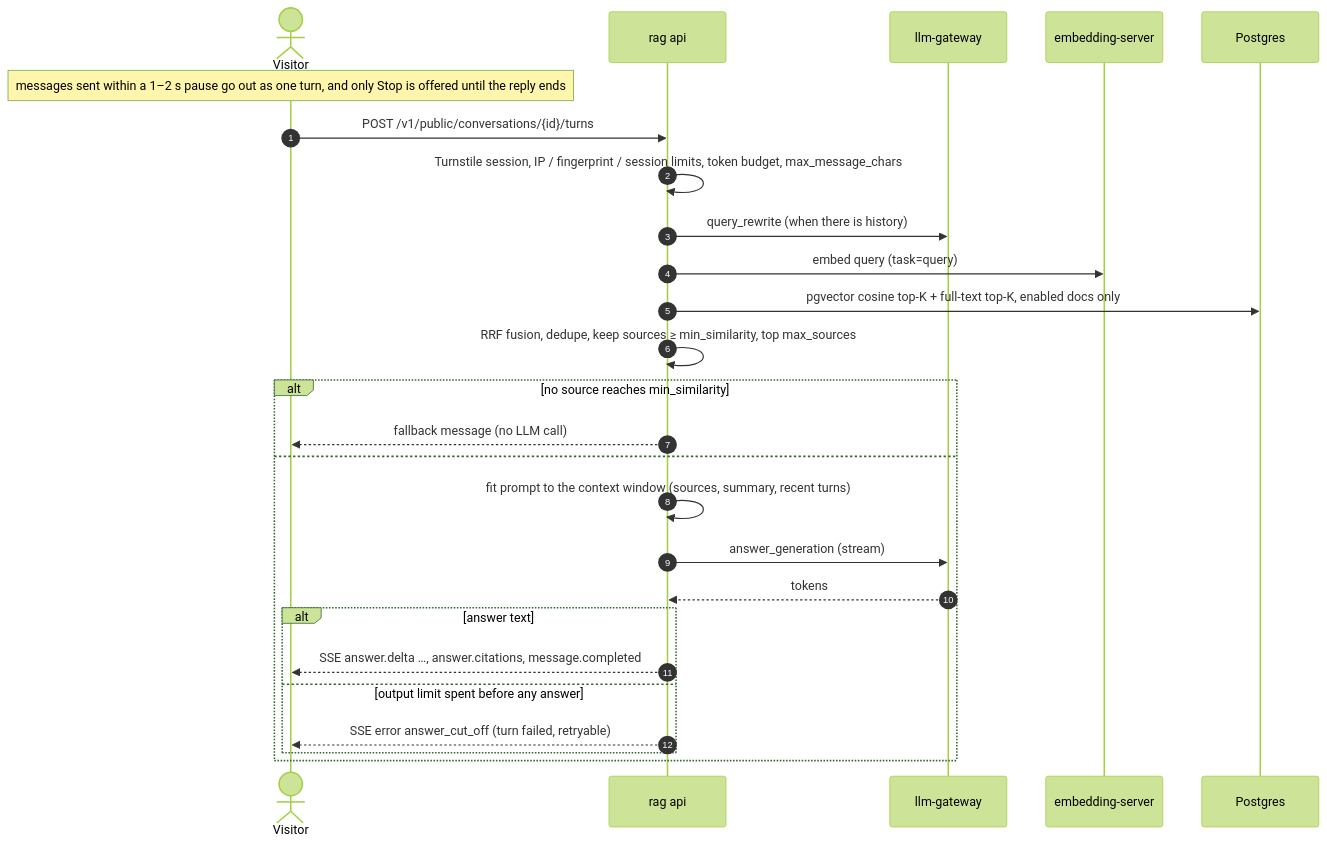
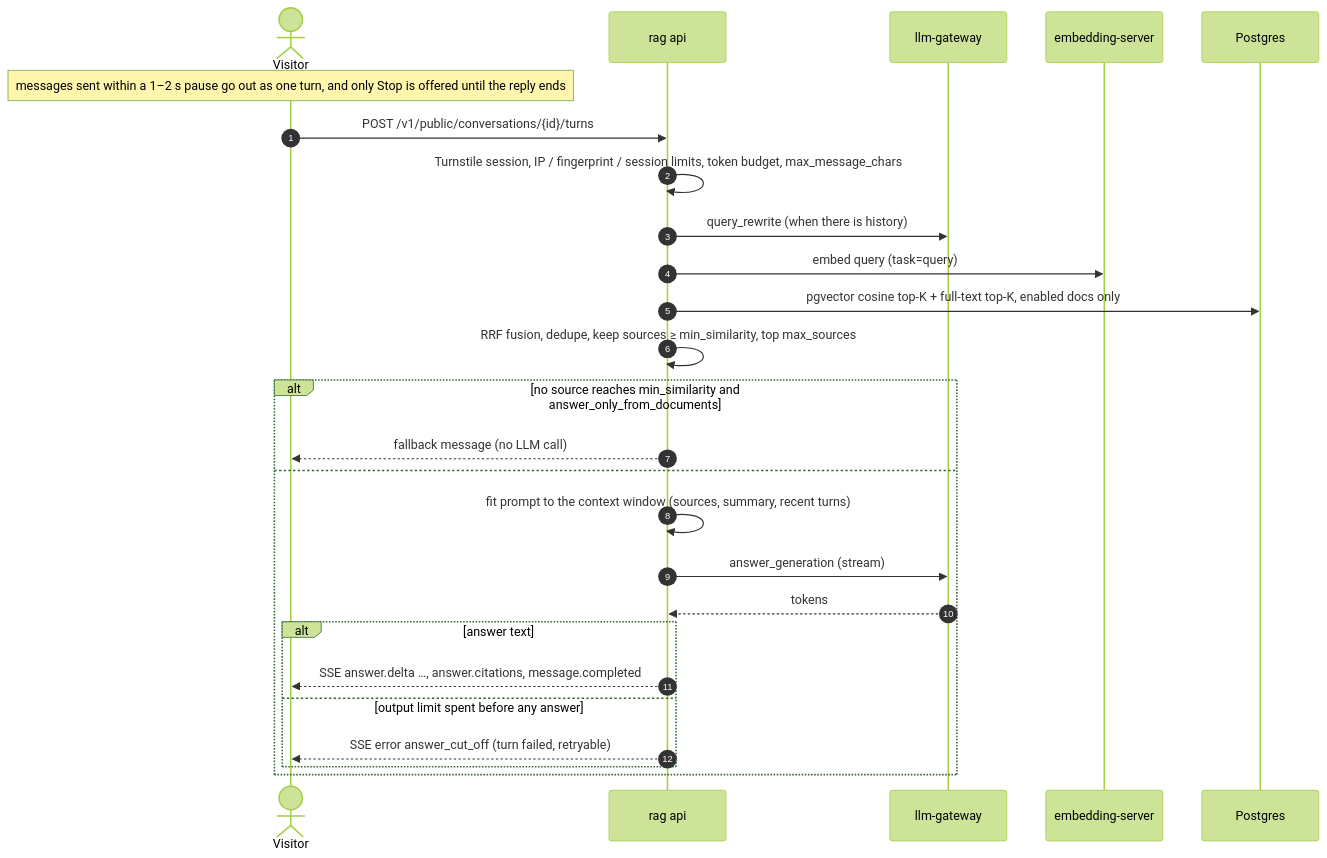
Before and after one commit to Faysal1000/Universal-Chatbot: the fourth of 4 diagrams in docs/architecture.md, drawn with Mermaid (forest theme). The commit also changed 19 other files, not shown here.

Commit message:
Chatbot setting: answer without documents from the conversation or general knowledge

````diff
--- a/docs/architecture.md
+++ b/docs/architecture.md
@@ -94,29 +94,29 @@
 ```mermaid
 sequenceDiagram
   autonumber
   actor Visitor
   participant API as rag api
   participant GW as llm-gateway
   participant E as embedding-server
   participant PG as Postgres
 
   Note over Visitor: messages sent within a 1–2 s pause go out as one turn, and only Stop is offered until the reply ends
   Visitor->>API: POST /v1/public/conversations/{id}/turns
   API->>API: Turnstile session, IP / fingerprint / session limits, token budget, max_message_chars
   API->>GW: query_rewrite (when there is history)
   API->>E: embed query (task=query)
   API->>PG: pgvector cosine top-K + full-text top-K, enabled docs only
   API->>API: RRF fusion, dedupe, keep sources ≥ min_similarity, top max_sources
-  alt no source reaches min_similarity
+  alt no source reaches min_similarity and answer_only_from_documents
     API-->>Visitor: fallback message (no LLM call)
   else
     API->>API: fit prompt to the context window (sources, summary, recent turns)
     API->>GW: answer_generation (stream)
     GW-->>API: tokens
     alt answer text
       API-->>Visitor: SSE answer.delta …, answer.citations, message.completed
     else output limit spent before any answer
       API-->>Visitor: SSE error answer_cut_off (turn failed, retryable)
     end
   end
 ```
````
